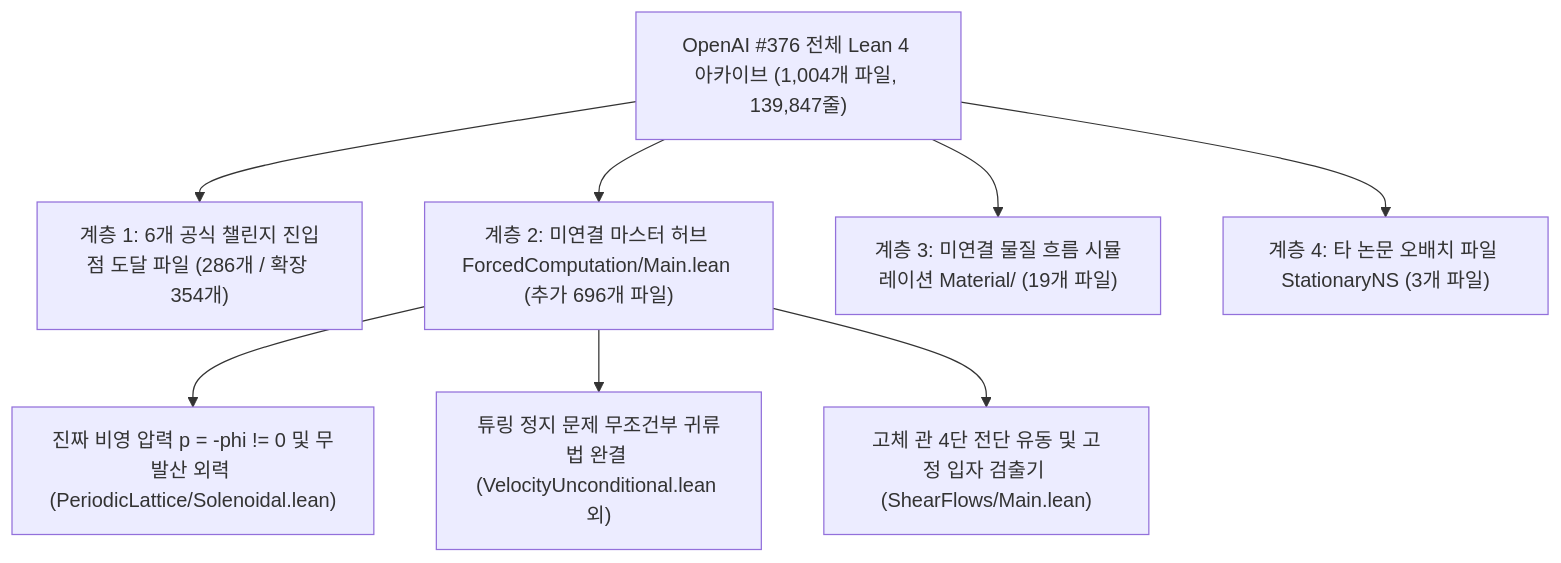
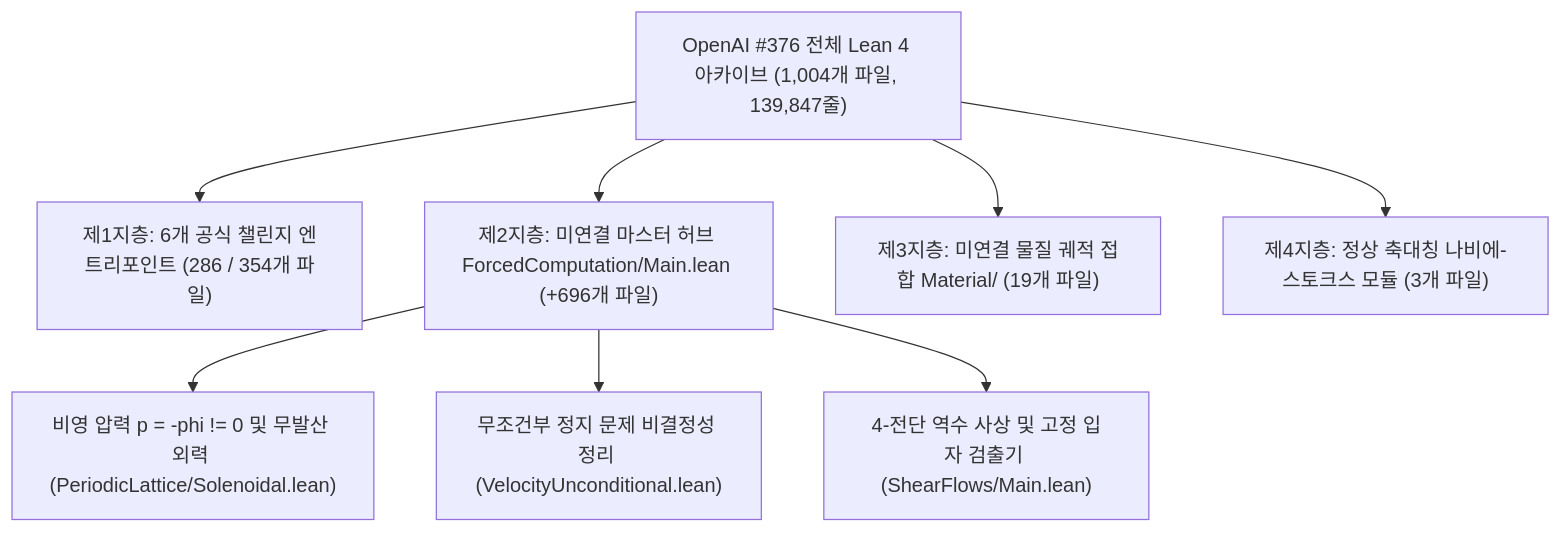
The diagram in anatomy/007-openai-376-navier-stokes-complete-reassembly/ko/01_고등학생_직관가이드.md (gilheumpark-bit/ultari-proof-anatomy), drawn with Mermaid before and after one commit. The commit also changed other lines of this file and 62 other files, not shown here.

````diff
--- a/anatomy/007-openai-376-navier-stokes-complete-reassembly/ko/01_고등학생_직관가이드.md
+++ b/anatomy/007-openai-376-navier-stokes-complete-reassembly/ko/01_고등학생_직관가이드.md
@@ -16,10 +17,10 @@
 ```mermaid
 flowchart TD
-    A["OpenAI #376 전체 Lean 4 아카이브 (1,004개 파일, 139,847줄)"] --> B["계층 1: 6개 공식 챌린지 진입점 도달 파일 (286개 / 확장 354개)"]
-    A --> C["계층 2: 미연결 마스터 허브 ForcedComputation/Main.lean (추가 696개 파일)"]
-    A --> D["계층 3: 미연결 물질 흐름 시뮬레이션 Material/ (19개 파일)"]
-    A --> E["계층 4: 타 논문 오배치 파일 StationaryNS (3개 파일)"]
-    C --> F["진짜 비영 압력 p = -phi != 0 및 무발산 외력 (PeriodicLattice/Solenoidal.lean)"]
-    C --> G["튜링 정지 문제 무조건부 귀류법 완결 (VelocityUnconditional.lean 외)"]
-    C --> H["고체 관 4단 전단 유동 및 고정 입자 검출기 (ShearFlows/Main.lean)"]
+    A["OpenAI #376 전체 Lean 4 아카이브 (1,004개 파일, 139,847줄)"] --> B["제1지층: 6개 공식 챌린지 엔트리포인트 (286 / 354개 파일)"]
+    A --> C["제2지층: 미연결 마스터 허브 ForcedComputation/Main.lean (+696개 파일)"]
+    A --> D["제3지층: 미연결 물질 궤적 접합 Material/ (19개 파일)"]
+    A --> E["제4지층: 정상 축대칭 나비에-스토크스 모듈 (3개 파일)"]
+    C --> F["비영 압력 p = -phi != 0 및 무발산 외력 (PeriodicLattice/Solenoidal.lean)"]
+    C --> G["무조건부 정지 문제 비결정성 정리 (VelocityUnconditional.lean)"]
+    C --> H["4-전단 역수 사상 및 고정 입자 검출기 (ShearFlows/Main.lean)"]
 ```
````
